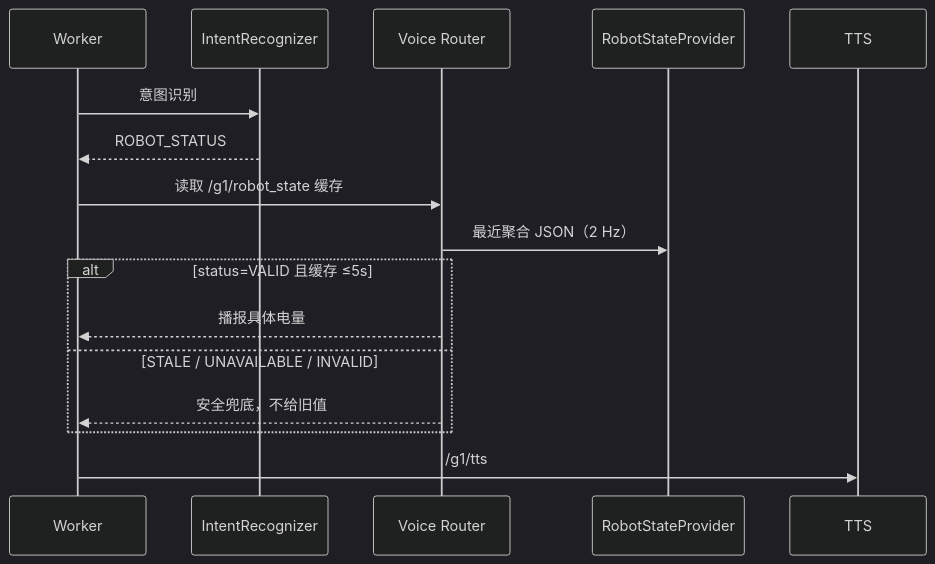
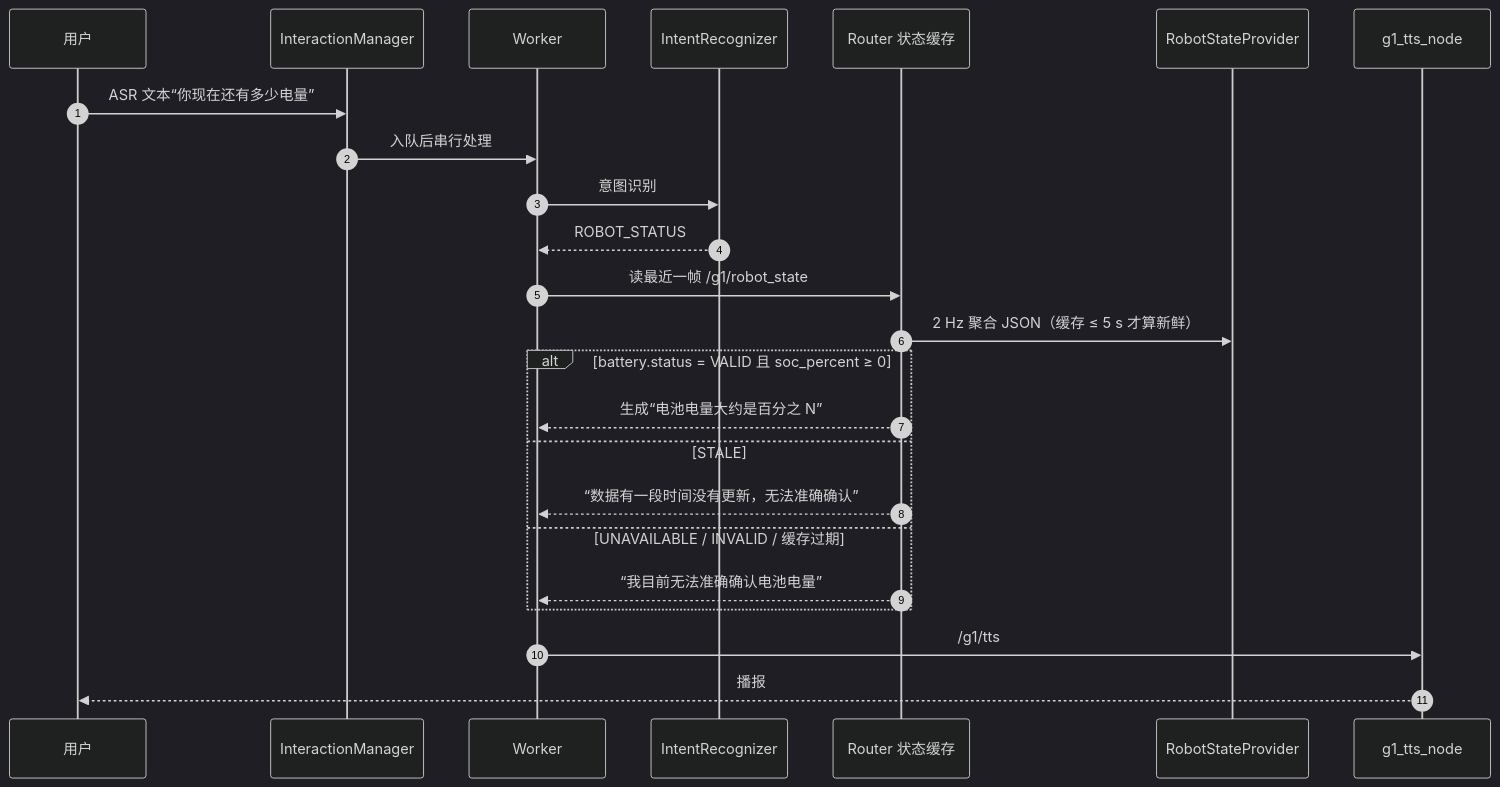
Before and after one commit to CJWDDHCSJ/g1_dev: the sixth of 7 diagrams in releases/G1-EDU-Smart-Reception-V1.0/README.md, drawn with Mermaid (dark theme). The commit also changed other lines of this file and 51 other files, not shown here.

````diff
--- a/releases/G1-EDU-Smart-Reception-V1.0/README.md
+++ b/releases/G1-EDU-Smart-Reception-V1.0/README.md
@@ -243,18 +299,27 @@
 ```mermaid
 sequenceDiagram
+    autonumber
+    participant U as 用户
+    participant M as InteractionManager
     participant W as Worker
     participant I as IntentRecognizer
-    participant R as Voice Router
+    participant R as Router 状态缓存
     participant P as RobotStateProvider
-    participant T as TTS
+    participant T as g1_tts_node
+
+    U->>M: ASR 文本“你现在还有多少电量”
+    M->>W: 入队后串行处理
     W->>I: 意图识别
     I-->>W: ROBOT_STATUS
-    W->>R: 读取 /g1/robot_state 缓存
-    R->>P: 最近聚合 JSON（2 Hz）
-    alt status=VALID 且缓存 ≤5s
-        R-->>W: 播报具体电量
-    else STALE / UNAVAILABLE / INVALID
-        R-->>W: 安全兜底，不给旧值
+    W->>R: 读最近一帧 /g1/robot_state
+    R->>P: 2 Hz 聚合 JSON（缓存 ≤ 5 s 才算新鲜）
+    alt battery.status = VALID 且 soc_percent ≥ 0
+        R-->>W: 生成“电池电量大约是百分之 N”
+    else STALE
+        R-->>W: “数据有一段时间没有更新，无法准确确认”
+    else UNAVAILABLE / INVALID / 缓存过期
+        R-->>W: “我目前无法准确确认电池电量”
     end
     W->>T: /g1/tts
+    T-->>U: 播报
 ```
````
